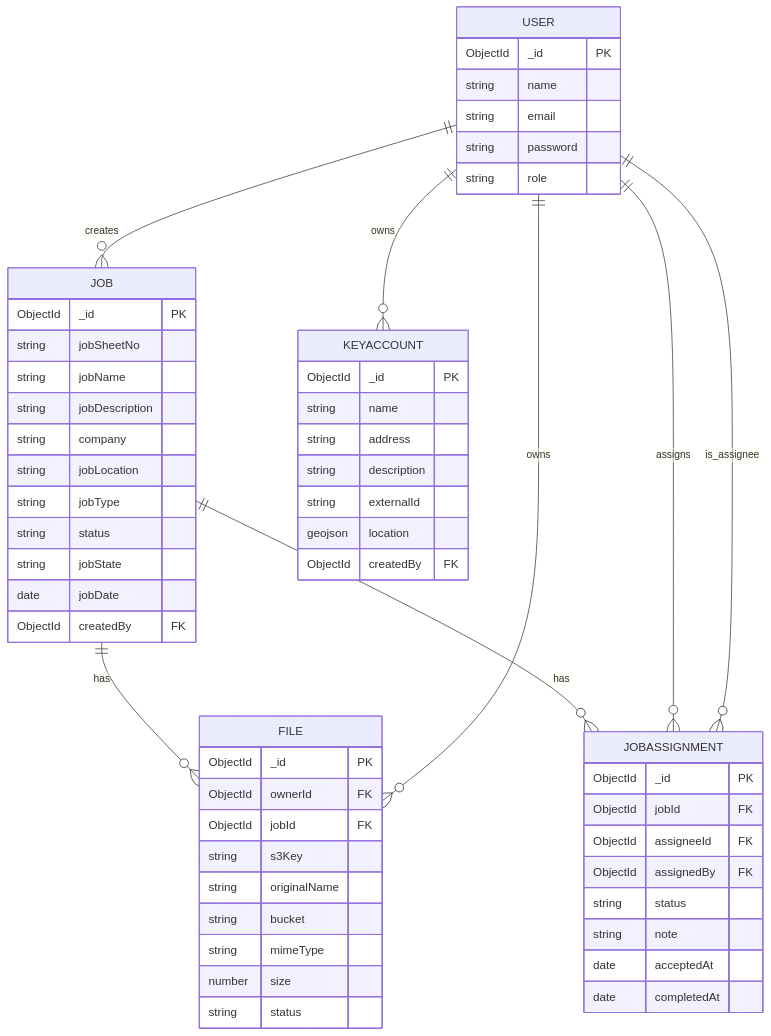
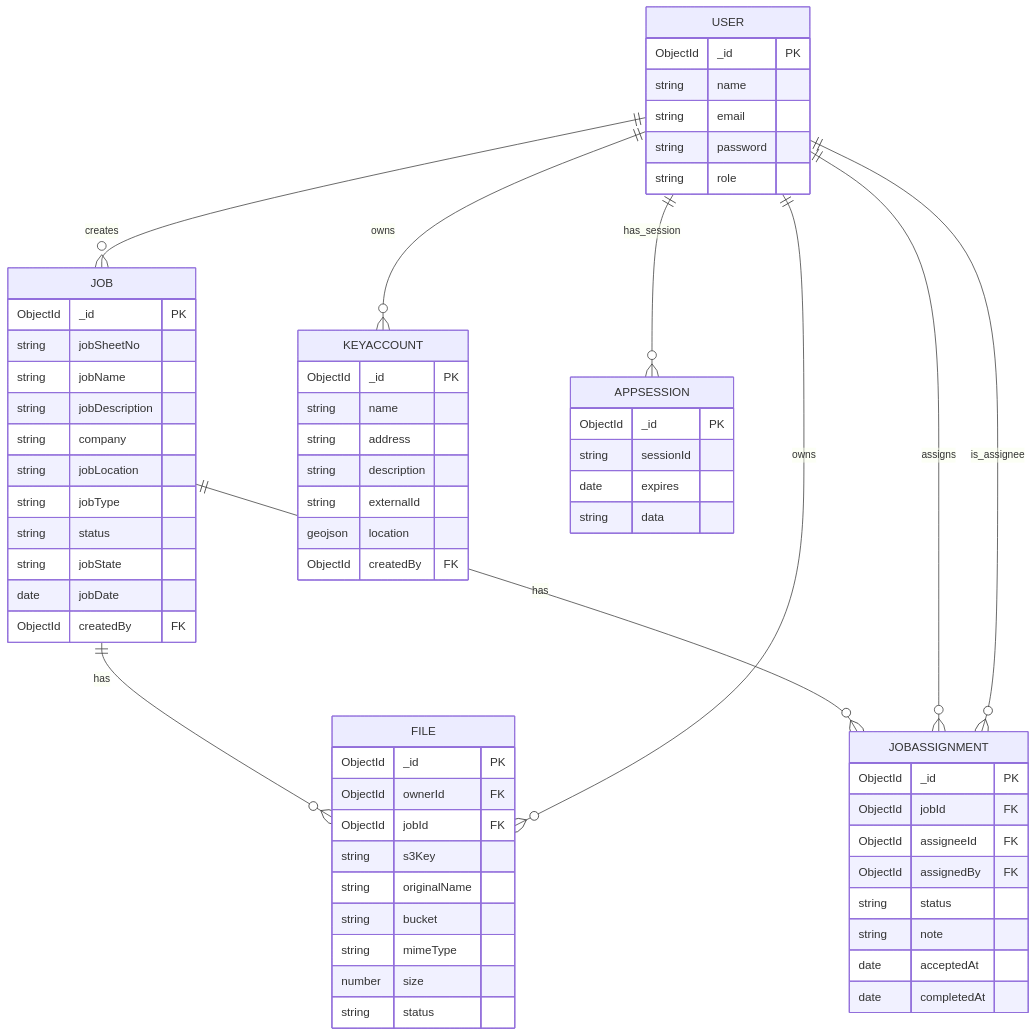
One commit to yannaingdev/plannywork-backend changed the first of 2 diagrams in documentation/diagrams.md. Above: the diagram before and after it, drawn with Mermaid. The commit also changed 3 other files, not shown here.

````diff
--- a/documentation/diagrams.md
+++ b/documentation/diagrams.md
@@ -3,61 +3,68 @@
 ```mermaid
 erDiagram
   USER {
     ObjectId _id PK
     string name
     string email
     string password
     string role
   }
   JOB {
     ObjectId _id PK
     string jobSheetNo
     string jobName
     string jobDescription
     string company
     string jobLocation
     string jobType
     string status
     string jobState
     date jobDate
     ObjectId createdBy FK
   }
   FILE {
     ObjectId _id PK
     ObjectId ownerId FK
     ObjectId jobId FK
     string s3Key
     string originalName
     string bucket
     string mimeType
     number size
     string status
   }
   KEYACCOUNT {
     ObjectId _id PK
     string name
     string address
     string description
     string externalId
     geojson location
     ObjectId createdBy FK
   }
   JOBASSIGNMENT {
     ObjectId _id PK
     ObjectId jobId FK
     ObjectId assigneeId FK
     ObjectId assignedBy FK
     string status
     string note
     date acceptedAt
     date completedAt
   }
+  APPSESSION {
+    ObjectId _id PK
+    string sessionId
+    date expires
+    string data
+  }
 
   USER ||--o{ JOB : creates
   JOB ||--o{ FILE : has
   USER ||--o{ FILE : owns
   USER ||--o{ KEYACCOUNT : owns
   JOB ||--o{ JOBASSIGNMENT : has
   USER ||--o{ JOBASSIGNMENT : assigns
   USER ||--o{ JOBASSIGNMENT : is_assignee
+  USER ||--o{ APPSESSION : has_session
 ```
````
